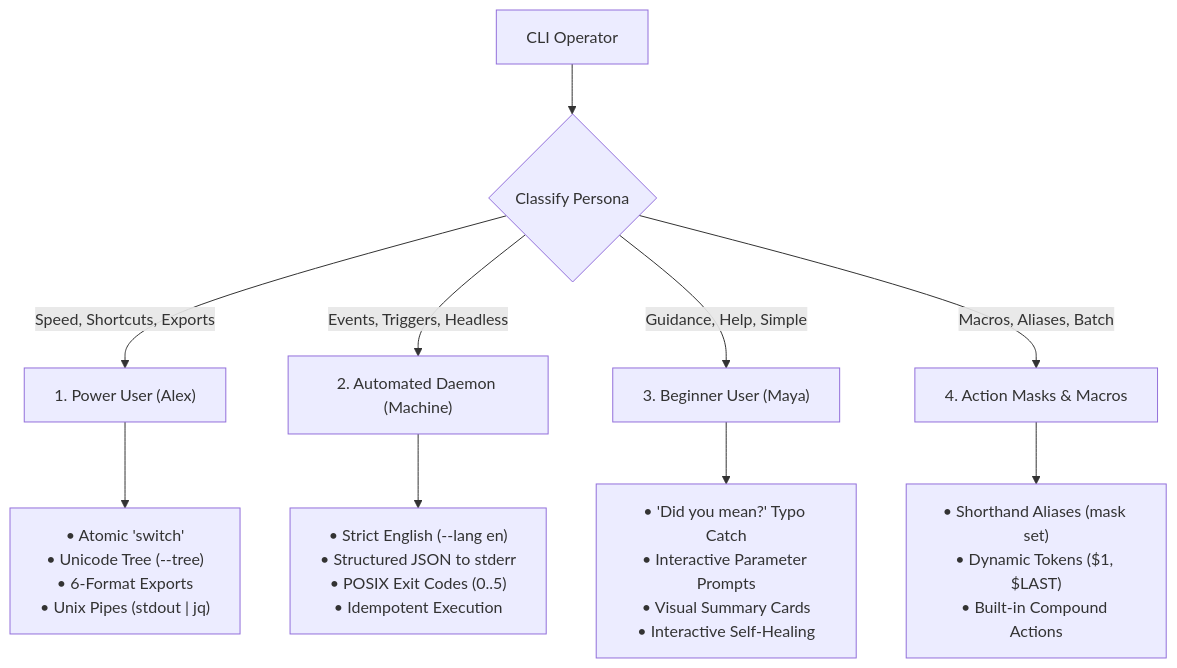
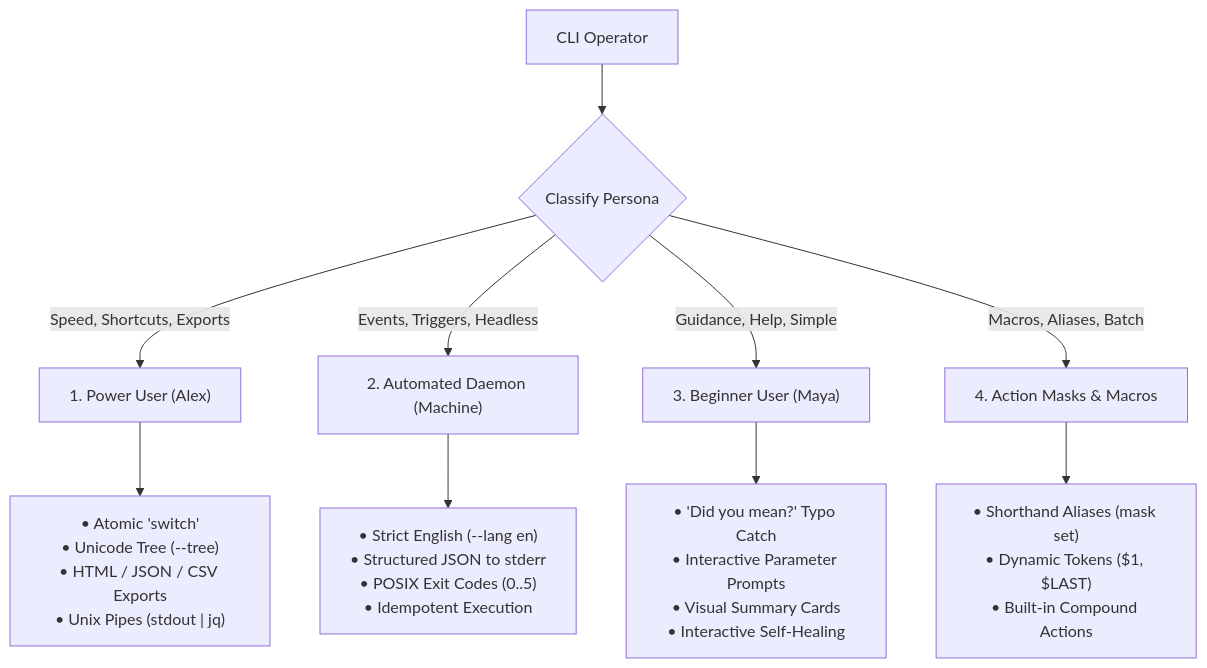
One commit to beoArcha/TimeLog changed the diagram in docs/CLI.md. Above: the diagram before and after it, drawn with Mermaid. The commit also changed other lines of this file and 13 other files, not shown here.

````diff
--- a/docs/CLI.md
+++ b/docs/CLI.md
@@ -67,14 +67,14 @@
 ```mermaid
 graph TD
     User["CLI Operator"] --> Identify{"Classify Persona"}
     
     Identify -->|Speed, Shortcuts, Exports| Alex["1. Power User (Alex)"]
     Identify -->|Events, Triggers, Headless| Daemon["2. Automated Daemon (Machine)"]
     Identify -->|Guidance, Help, Simple| Maya["3. Beginner User (Maya)"]
     Identify -->|Macros, Aliases, Batch| Masks["4. Action Masks & Macros"]
 
-    Alex --> AlexActions["• Atomic 'switch'<br>• Unicode Tree (--tree)<br>• 6-Format Exports<br>• Unix Pipes (stdout | jq)"]
+    Alex --> AlexActions["• Atomic 'switch'<br>• Unicode Tree (--tree)<br>• HTML / JSON / CSV Exports<br>• Unix Pipes (stdout | jq)"]
     Daemon --> DaemonActions["• Strict English (--lang en)<br>• Structured JSON to stderr<br>• POSIX Exit Codes (0..5)<br>• Idempotent Execution"]
     Maya --> MayaActions["• 'Did you mean?' Typo Catch<br>• Interactive Parameter Prompts<br>• Visual Summary Cards<br>• Interactive Self-Healing"]
     Masks --> MaskActions["• Shorthand Aliases (mask set)<br>• Dynamic Tokens ($1, $LAST)<br>• Built-in Compound Actions"]
 ```
````
